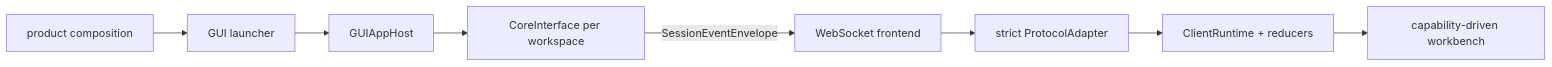
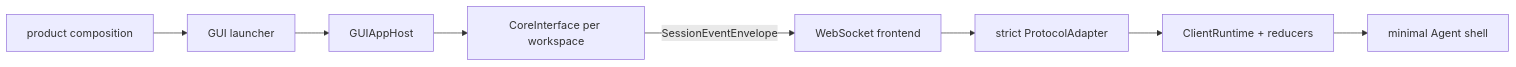
One commit to czh869452912/ccode-win7 changed the diagram in docs/platform/frontend-gui.md. Above: the diagram before and after it, drawn with Mermaid. The commit also changed other lines of this file and 21 other files, not shown here.

````diff
--- a/docs/platform/frontend-gui.md
+++ b/docs/platform/frontend-gui.md
@@ -30,10 +31,10 @@
 ```mermaid
 flowchart LR
     P["product composition"] --> L["GUI launcher"]
     L --> H["GUIAppHost"]
     H --> C["CoreInterface per workspace"]
     C -->|SessionEventEnvelope| W["WebSocket frontend"]
     W --> PA["strict ProtocolAdapter"]
     PA --> R["ClientRuntime + reducers"]
-    R --> U["capability-driven workbench"]
+    R --> U["minimal Agent shell"]
 ```
````
